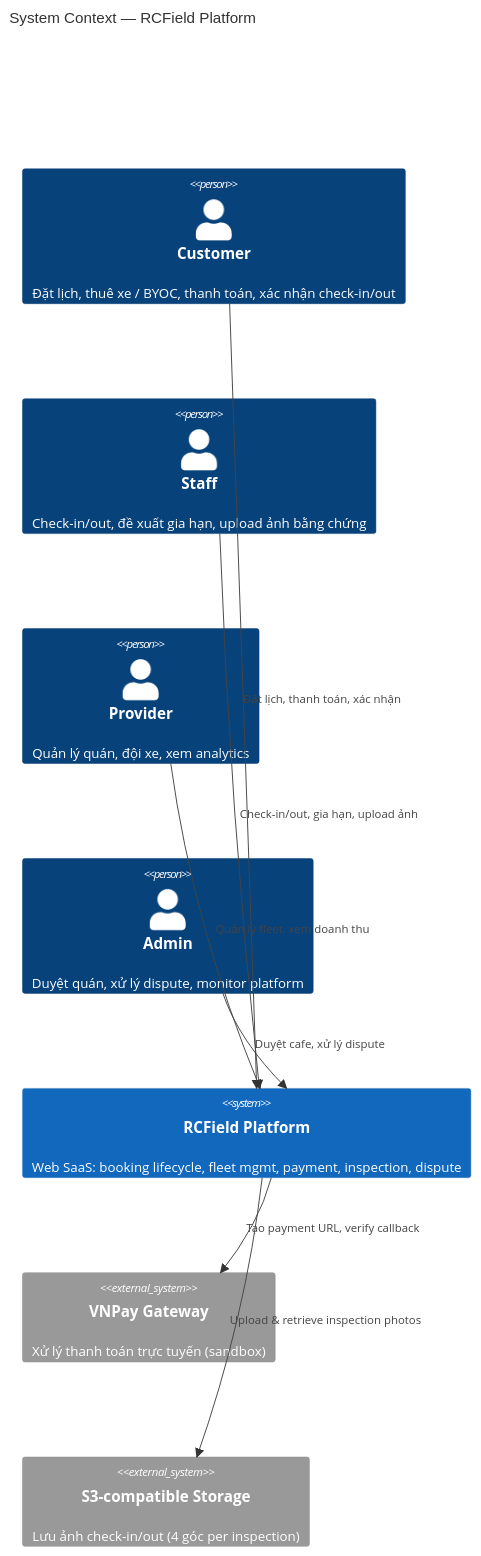
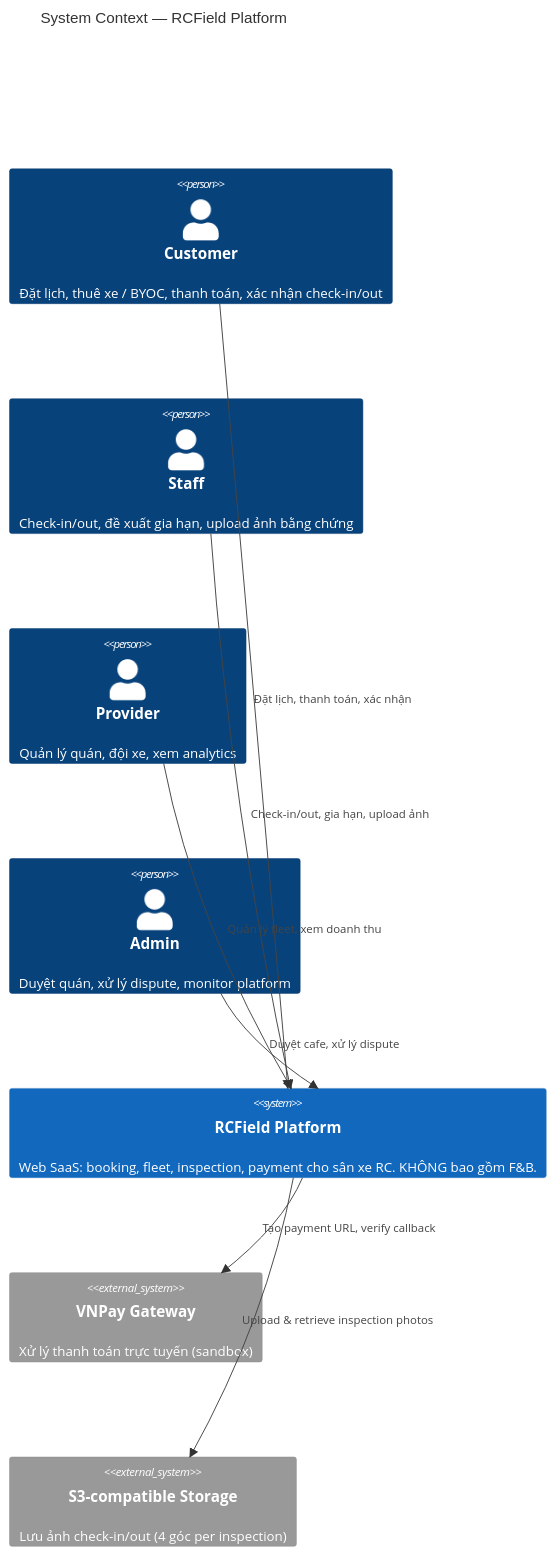
The first of 4 diagrams in docs/architecture/00-system-overview.md (RCField-SEP490/rcfield-spec), drawn with Mermaid before and after one commit. The commit also changed other lines of this file and 3 other files, not shown here.

````diff
--- a/docs/architecture/00-system-overview.md
+++ b/docs/architecture/00-system-overview.md
@@ -16,21 +19,21 @@
 ```mermaid
 C4Context
     title System Context — RCField Platform
 
     Person(customer, "Customer", "Đặt lịch, thuê xe / BYOC, thanh toán, xác nhận check-in/out")
     Person(staff, "Staff", "Check-in/out, đề xuất gia hạn, upload ảnh bằng chứng")
     Person(provider, "Provider", "Quản lý quán, đội xe, xem analytics")
     Person(admin, "Admin", "Duyệt quán, xử lý dispute, monitor platform")
 
-    System(rcfield, "RCField Platform", "Web SaaS: booking lifecycle, fleet mgmt, payment, inspection, dispute")
+    System(rcfield, "RCField Platform", "Web SaaS: booking, fleet, inspection, payment cho sân xe RC. KHÔNG bao gồm F&B.")
 
     System_Ext(vnpay, "VNPay Gateway", "Xử lý thanh toán trực tuyến (sandbox)")
     System_Ext(s3, "S3-compatible Storage", "Lưu ảnh check-in/out (4 góc per inspection)")
 
     Rel(customer, rcfield, "Đặt lịch, thanh toán, xác nhận")
     Rel(staff, rcfield, "Check-in/out, gia hạn, upload ảnh")
     Rel(provider, rcfield, "Quản lý fleet, xem doanh thu")
     Rel(admin, rcfield, "Duyệt cafe, xử lý dispute")
     Rel(rcfield, vnpay, "Tạo payment URL, verify callback")
     Rel(rcfield, s3, "Upload & retrieve inspection photos")
 ```
````
